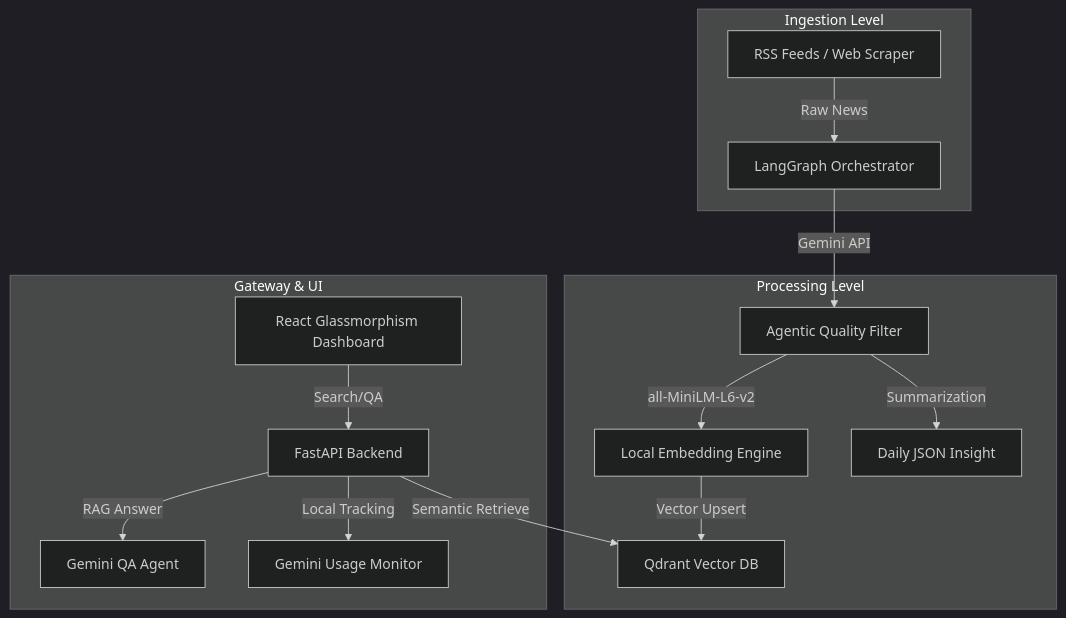
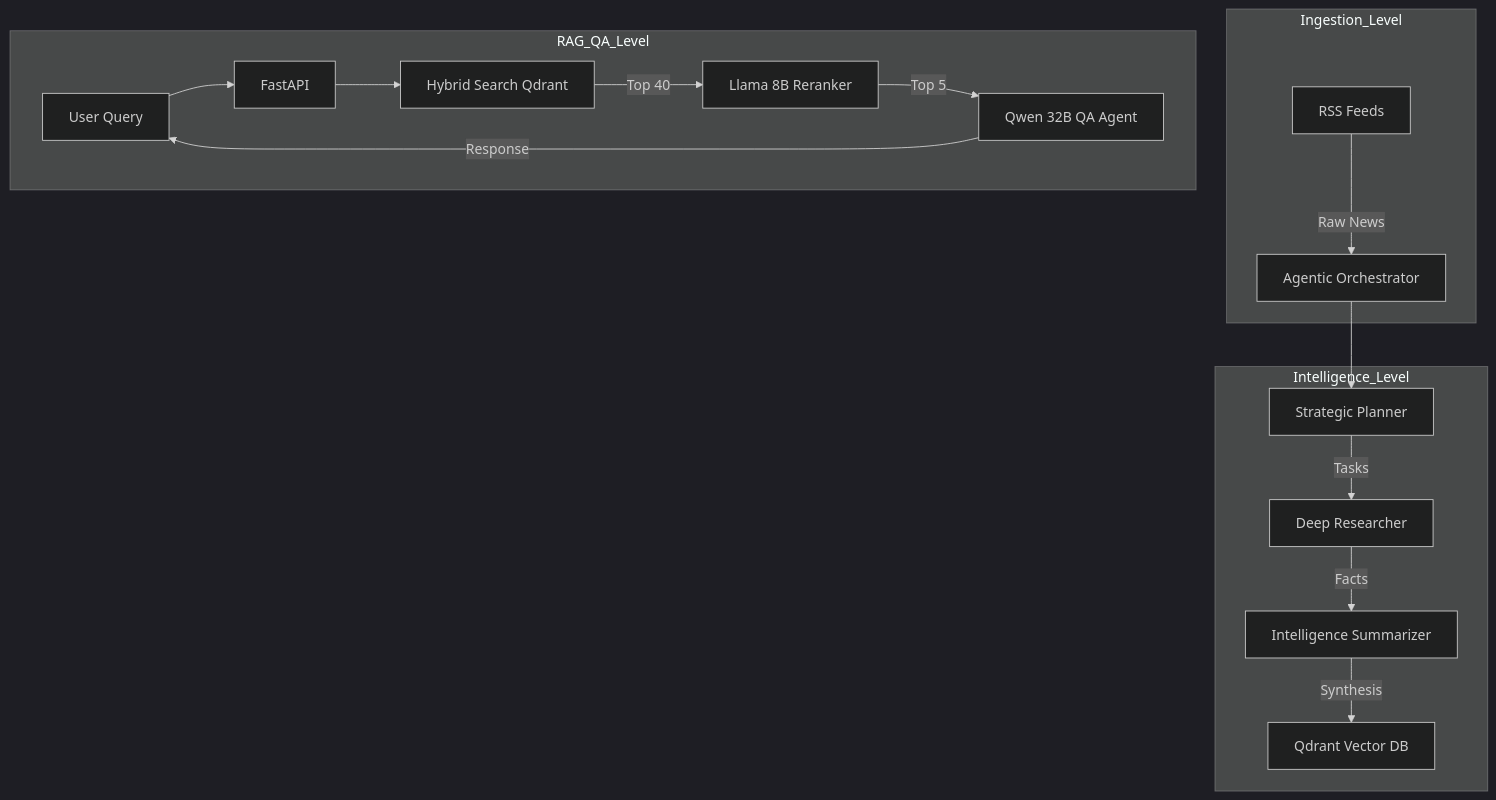
One commit to flxhrdyn/Sekilas.ai changed the diagram in README.md. Above: the diagram before and after it, drawn with Mermaid (dark theme). The commit also changed other lines of this file, not shown here.

Commit message:
feat(rag): optimize retrieval depth for niche news and implement dynamic reasoning UI

````diff
--- a/README.md
+++ b/README.md
@@ -53,20 +60,21 @@
 ```mermaid
 graph TD
-    subgraph Data_Source_Level [Ingestion Level]
-        RSS[RSS Feeds / Web Scraper] -->|Raw News| LG[LangGraph Orchestrator]
+    subgraph Ingestion_Level
+        RSS[RSS Feeds] -->|Raw News| LG[Agentic Orchestrator]
     end
     
-    subgraph Intelligence_Level [Processing Level]
-        LG -->|Gemini API| Filter[Agentic Quality Filter]
-        Filter -->|all-MiniLM-L6-v2| Embed[Local Embedding Engine]
-        Embed -->|Vector Upsert| QDR[Qdrant Vector DB]
-        Filter -->|Summarization| Digest[Daily JSON Insight]
+    subgraph Intelligence_Level
+        LG --> Planner[Strategic Planner]
+        Planner -->|Tasks| Research[Deep Researcher]
+        Research -->|Facts| Summarizer[Intelligence Summarizer]
+        Summarizer -->|Synthesis| QDR[Qdrant Vector DB]
     end
     
-    subgraph Application_Level [Gateway & UI]
-        API[FastAPI Backend] -->|Semantic Retrieve| QDR
-        API -->|RAG Answer| QA[Gemini QA Agent]
-        UI[React Glassmorphism Dashboard] -->|Search/QA| API
-        API -->|Local Tracking| Tracker[Gemini Usage Monitor]
+    subgraph RAG_QA_Level
+        User[User Query] --> API[FastAPI]
+        API --> Hybrid[Hybrid Search Qdrant]
+        Hybrid -->|Top 40| Rerank[Llama 8B Reranker]
+        Rerank -->|Top 5| Qwen[Qwen 32B QA Agent]
+        Qwen -->|Response| User
     end
 ```
````
